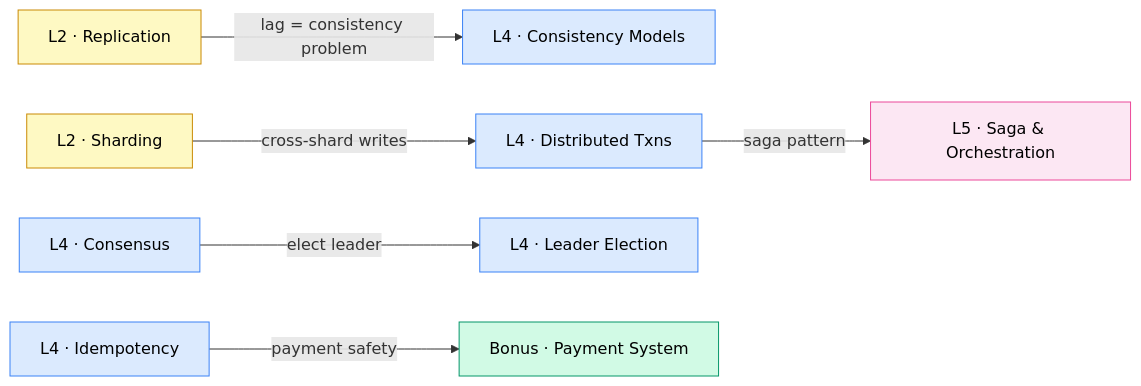
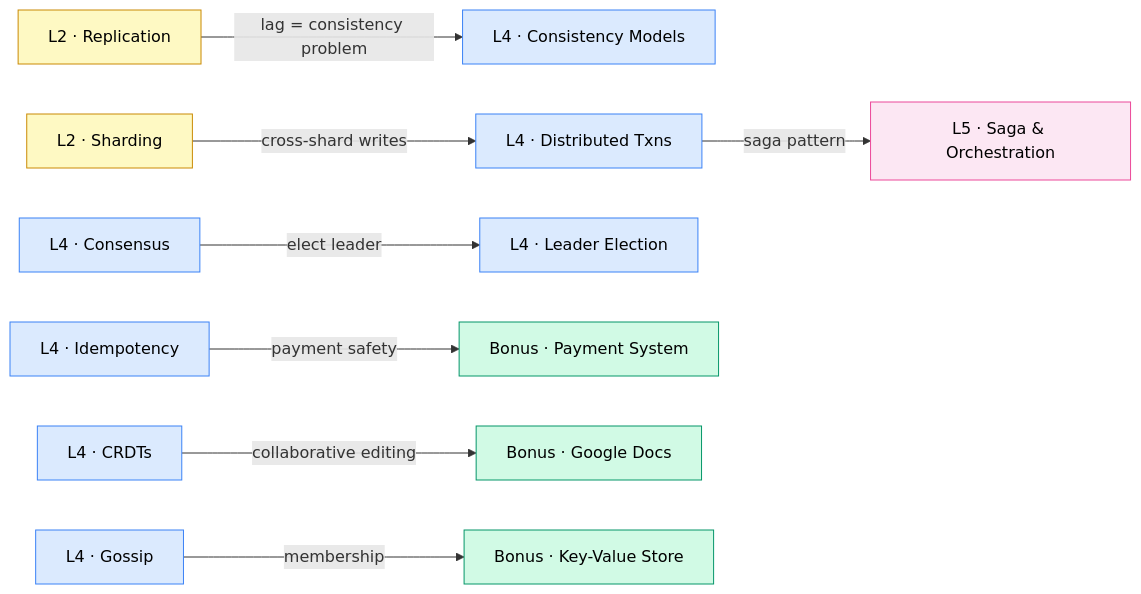
One commit to Ankan1998/learn-system-design changed the second of 2 diagrams in Level-04-Distributed-Systems/README.md. Above: the diagram before and after it, drawn with Mermaid. The commit also changed other lines of this file and 23 other files, not shown here.

````diff
--- a/Level-04-Distributed-Systems/README.md
+++ b/Level-04-Distributed-Systems/README.md
@@ -112,18 +122,24 @@
 ```mermaid
 flowchart LR
     L2a["L2 · Replication"] -->|"lag = consistency problem"| L4b["L4 · Consistency Models"]
     L2b["L2 · Sharding"] -->|"cross-shard writes"| L4d["L4 · Distributed Txns"]
     L4c["L4 · Consensus"] -->|"elect leader"| L4e["L4 · Leader Election"]
     L4d -->|"saga pattern"| L5["L5 · Saga & Orchestration"]
     L4g["L4 · Idempotency"] -->|"payment safety"| Bonus["Bonus · Payment System"]
+    L4h["L4 · CRDTs"] -->|"collaborative editing"| Docs["Bonus · Google Docs"]
+    L4i["L4 · Gossip"] -->|"membership"| KV["Bonus · Key-Value Store"]
 
     style L2a fill:#fef9c3,stroke:#ca8a04,color:#000
     style L2b fill:#fef9c3,stroke:#ca8a04,color:#000
     style L4b fill:#dbeafe,stroke:#3b82f6,color:#000
     style L4c fill:#dbeafe,stroke:#3b82f6,color:#000
     style L4d fill:#dbeafe,stroke:#3b82f6,color:#000
     style L4e fill:#dbeafe,stroke:#3b82f6,color:#000
     style L4g fill:#dbeafe,stroke:#3b82f6,color:#000
     style L5 fill:#fce7f3,stroke:#ec4899,color:#000
     style Bonus fill:#d1fae5,stroke:#059669,color:#000
+    style L4h fill:#dbeafe,stroke:#3b82f6,color:#000
+    style L4i fill:#dbeafe,stroke:#3b82f6,color:#000
+    style Docs fill:#d1fae5,stroke:#059669,color:#000
+    style KV fill:#d1fae5,stroke:#059669,color:#000
 ```
````
